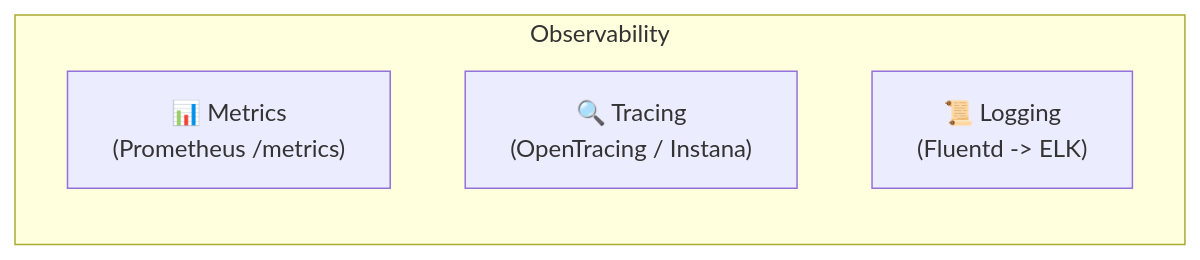
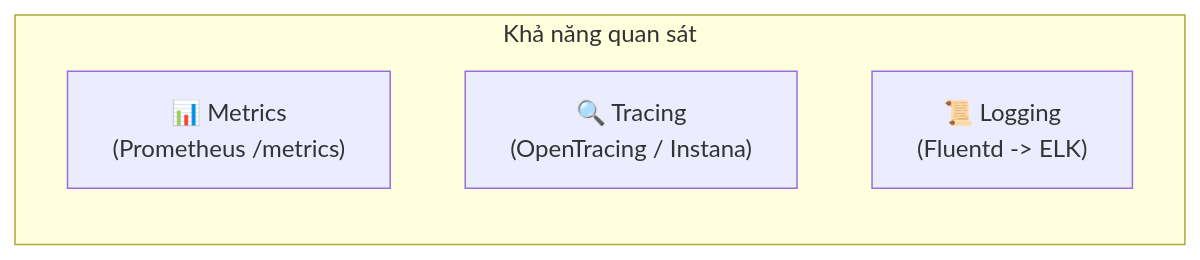
One commit to DucThinhIsMeX/robot-shop-devops-lab changed the fourth of 5 diagrams in README.md. Above: the diagram before and after it, drawn with Mermaid. The commit also changed other lines of this file, not shown here.

````diff
--- a/README.md
+++ b/README.md
@@ -486,8 +489,8 @@
 ```mermaid
 graph LR
-    subgraph Observability
-        M["📊 Metrics\n(Prometheus /metrics)"]
-        T["🔍 Tracing\n(OpenTracing / Instana)"]
-        L["📜 Logging\n(Fluentd -> ELK)"]
+    subgraph Observability ["Khả năng quan sát"]
+        M["📊 Metrics<br/>(Prometheus /metrics)"]
+        T["🔍 Tracing<br/>(OpenTracing / Instana)"]
+        L["📜 Logging<br/>(Fluentd -> ELK)"]
     end
 ```
````
